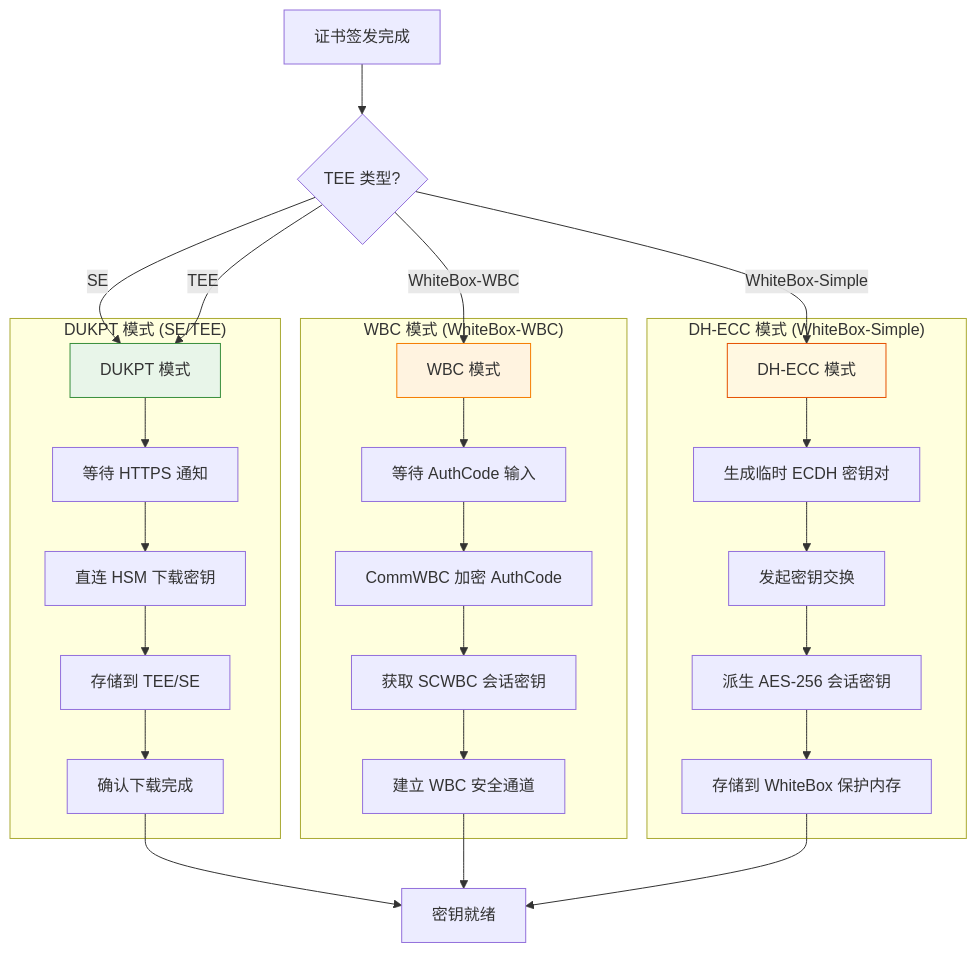
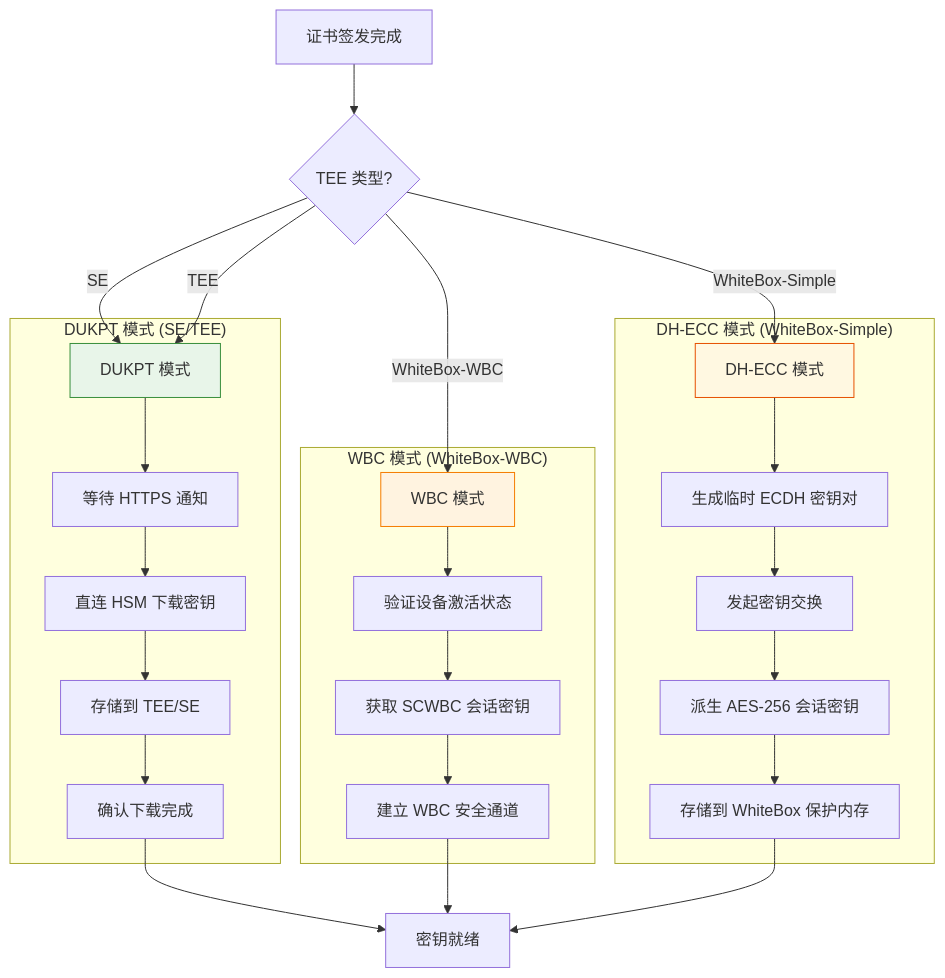
The ninth of 22 diagrams in solution/MPOC_SDK_API_GUIDE.md (kevinwangl/sunbay-softpos-docs), drawn with Mermaid before and after one commit. The commit also changed other lines of this file, not shown here.

````diff
--- a/solution/MPOC_SDK_API_GUIDE.md
+++ b/solution/MPOC_SDK_API_GUIDE.md
@@ -666,38 +769,37 @@
 ```mermaid
 flowchart TB
     A[证书签发完成] --> B{TEE 类型?}
     
     B -->|SE| C[DUKPT 模式]
     B -->|TEE| C
     B -->|WhiteBox-WBC| D[WBC 模式]
     B -->|WhiteBox-Simple| E[DH-ECC 模式]
     
     subgraph "DUKPT 模式 (SE/TEE)"
         C --> C1[等待 HTTPS 通知]
         C1 --> C2[直连 HSM 下载密钥]
         C2 --> C3[存储到 TEE/SE]
         C3 --> C4[确认下载完成]
     end
     
     subgraph "WBC 模式 (WhiteBox-WBC)"
-        D --> D1[等待 AuthCode 输入]
-        D1 --> D2[CommWBC 加密 AuthCode]
-        D2 --> D3[获取 SCWBC 会话密钥]
-        D3 --> D4[建立 WBC 安全通道]
+        D --> D1[验证设备激活状态]
+        D1 --> D2[获取 SCWBC 会话密钥]
+        D2 --> D3[建立 WBC 安全通道]
     end
     
     subgraph "DH-ECC 模式 (WhiteBox-Simple)"
         E --> E1[生成临时 ECDH 密钥对]
         E1 --> E2[发起密钥交换]
         E2 --> E3[派生 AES-256 会话密钥]
         E3 --> E4[存储到 WhiteBox 保护内存]
     end
     
     C4 --> F[密钥就绪]
-    D4 --> F
+    D3 --> F
     E4 --> F
     
     style C fill:#e8f5e9,stroke:#388e3c
     style D fill:#fff3e0,stroke:#f57c00
     style E fill:#fff8e1,stroke:#e65100
 ```
````
